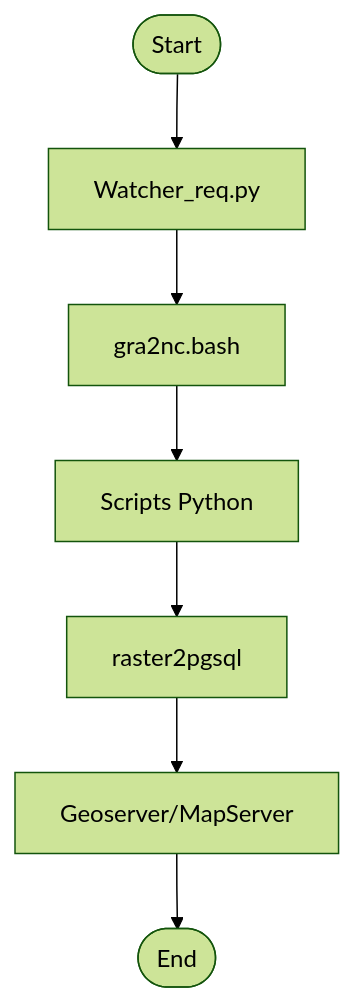
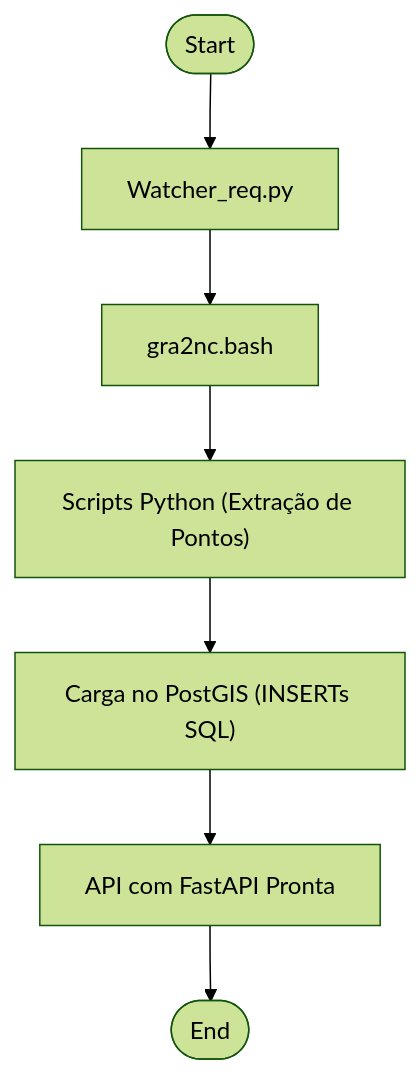
The second of 2 diagrams in Documents/Visão Geral - ETL/Ideação ETL.md (AndersonGACFilho/CEMPA-CTL-GRA-extractor-api), drawn with Mermaid (forest theme) before and after one commit. The commit also changed other lines of this file, not shown here.

````diff
--- a/Documents/Visão Geral - ETL/Ideação ETL.md
+++ b/Documents/Visão Geral - ETL/Ideação ETL.md
@@ -290,9 +237,9 @@
 ```mermaid
 flowchart TD
-  Start([Start]) --> X[Watcher_req.py]
-  X --> Conv[gra2nc.bash]
-  Conv --> Proc[Scripts Python]
-  Proc --> Load[raster2pgsql]
-  Load --> Serve[Geoserver/MapServer]
-  Serve --> End([End])
+  Start([Start]) --> Watcher[Watcher_req.py]
+  Watcher --> Conv[gra2nc.bash]
+  Conv --> Proc["Scripts Python (Extração de Pontos)"]
+  Proc --> Load["Carga no PostGIS (INSERTs SQL)"]
+  Load --> API[API com FastAPI Pronta]
+  API --> End([End])
 ```
````
